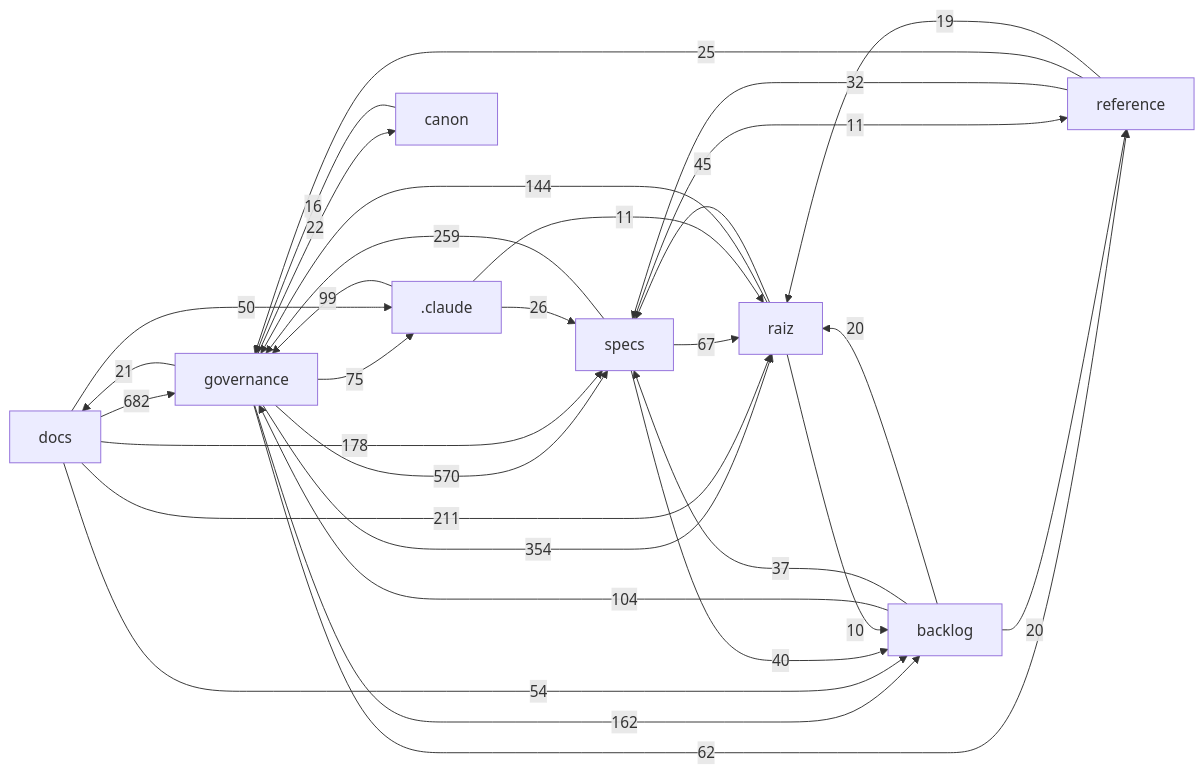
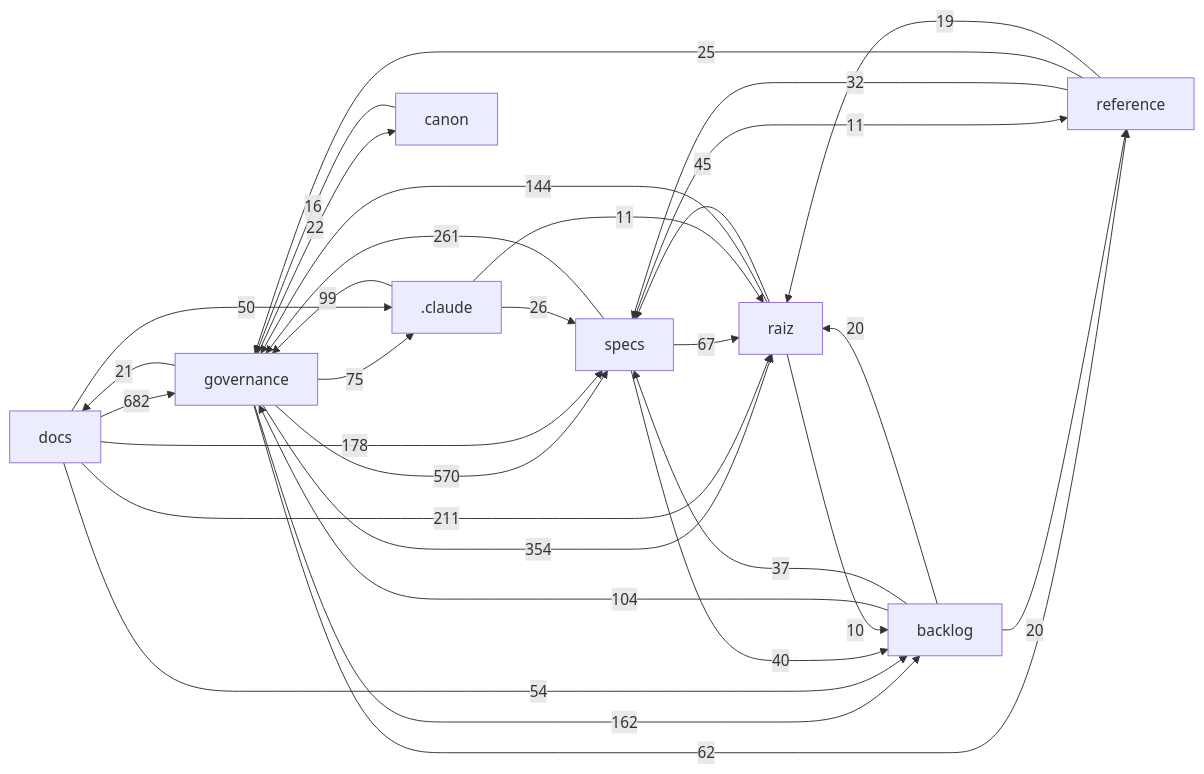
Before and after one commit to Andraus35/Sistema-Operacional-de-Trading--SOT: the diagram in docs/mapa/MAPA-PROJETO.md, drawn with Mermaid. The commit also changed other lines of this file and 2 other files, not shown here.

````diff
--- a/docs/mapa/MAPA-PROJETO.md
+++ b/docs/mapa/MAPA-PROJETO.md
@@ -29,33 +29,33 @@
 ```mermaid
 flowchart LR
   docs["docs"] -->|682| governance["governance"]
   governance["governance"] -->|570| specs["specs"]
   governance["governance"] -->|354| raiz["raiz"]
-  specs["specs"] -->|259| governance["governance"]
+  specs["specs"] -->|261| governance["governance"]
   docs["docs"] -->|211| raiz["raiz"]
   docs["docs"] -->|178| specs["specs"]
   governance["governance"] -->|162| backlog["backlog"]
   raiz["raiz"] -->|144| governance["governance"]
   backlog["backlog"] -->|104| governance["governance"]
   _claude[".claude"] -->|99| governance["governance"]
   governance["governance"] -->|75| _claude[".claude"]
   specs["specs"] -->|67| raiz["raiz"]
   governance["governance"] -->|62| reference["reference"]
   docs["docs"] -->|54| backlog["backlog"]
   docs["docs"] -->|50| _claude[".claude"]
   raiz["raiz"] -->|45| specs["specs"]
   specs["specs"] -->|40| backlog["backlog"]
   backlog["backlog"] -->|37| specs["specs"]
   reference["reference"] -->|32| specs["specs"]
   _claude[".claude"] -->|26| specs["specs"]
   reference["reference"] -->|25| governance["governance"]
   governance["governance"] -->|22| canon["canon"]
   governance["governance"] -->|21| docs["docs"]
   backlog["backlog"] -->|20| raiz["raiz"]
   backlog["backlog"] -->|20| reference["reference"]
   reference["reference"] -->|19| raiz["raiz"]
   canon["canon"] -->|16| governance["governance"]
   _claude[".claude"] -->|11| raiz["raiz"]
   specs["specs"] -->|11| reference["reference"]
   raiz["raiz"] -->|10| backlog["backlog"]
 ```
````
